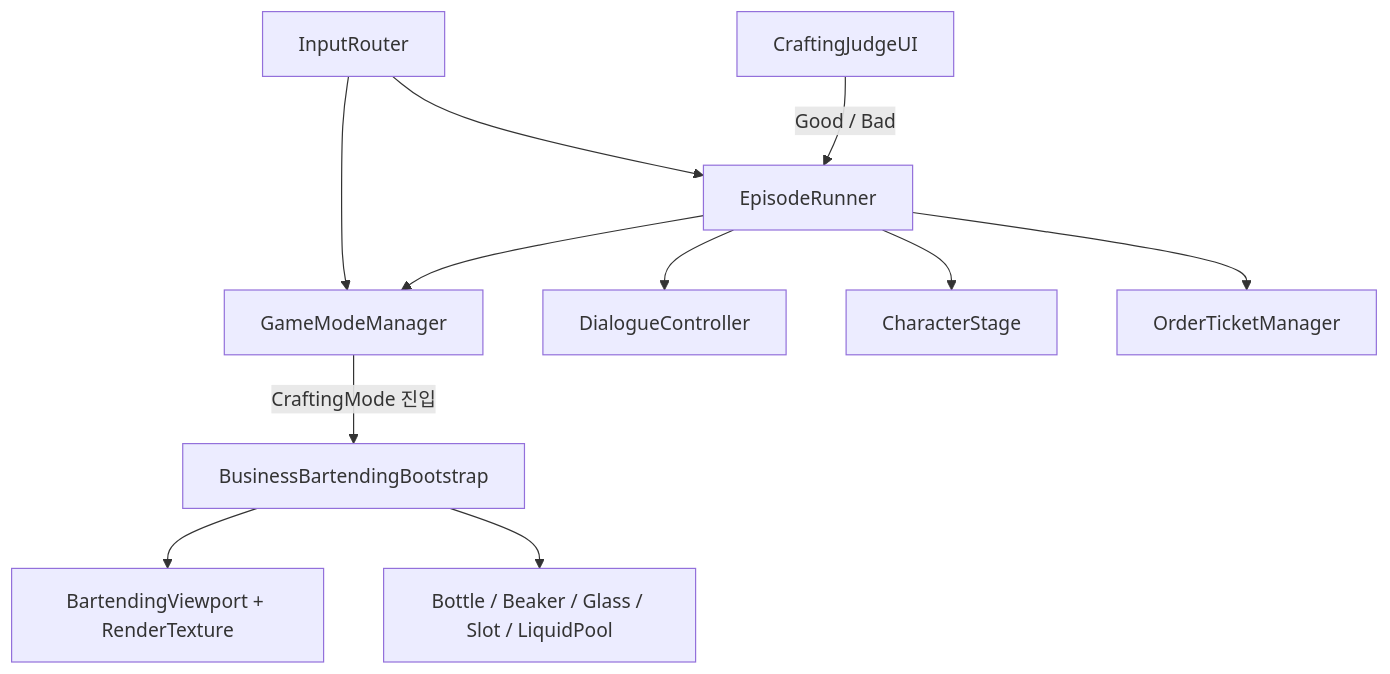
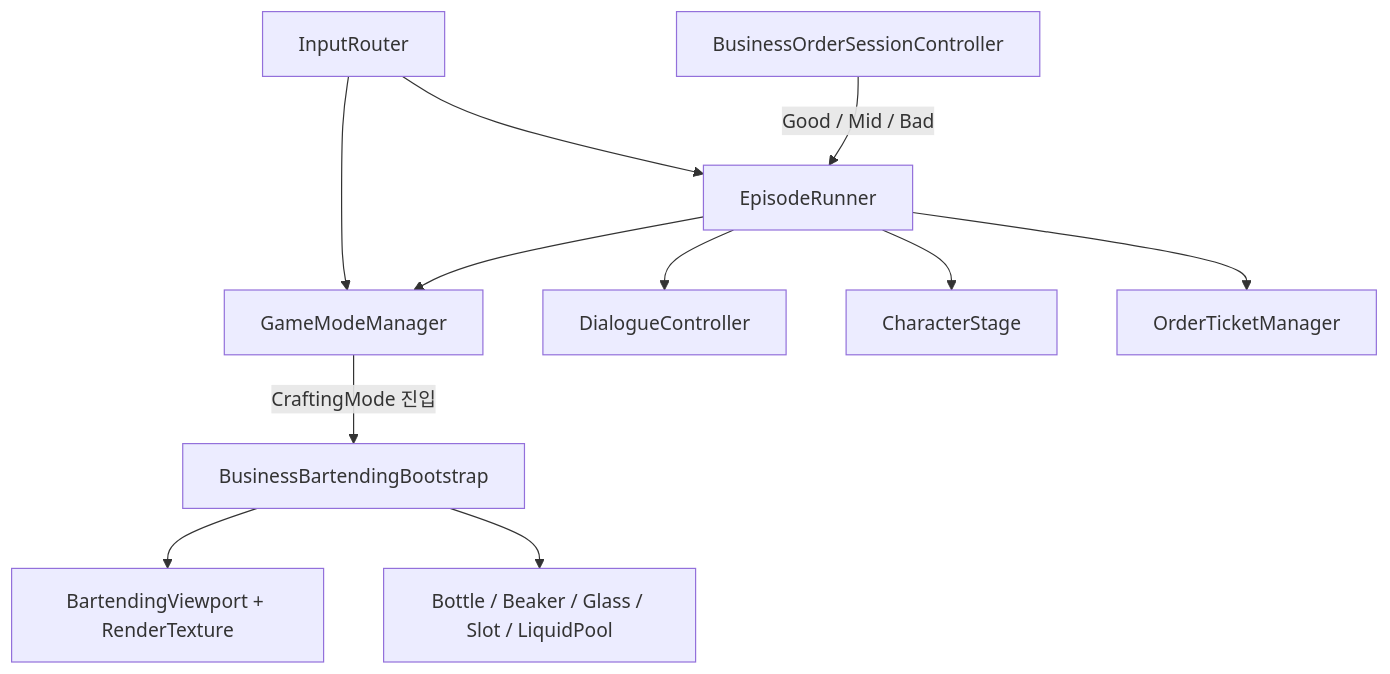
Before and after one commit to seacweed/slainte: the sixth of 7 diagrams in docs/core/project-code-map.md, drawn with Mermaid. The commit also changed other lines of this file and 48 other files, not shown here.

````diff
--- a/docs/core/project-code-map.md
+++ b/docs/core/project-code-map.md
@@ -169,14 +169,14 @@
 ```mermaid
 flowchart TB
     Input["InputRouter"] --> Mode["GameModeManager"]
     Input --> Runner["EpisodeRunner"]
     Runner --> Dialogue["DialogueController"]
     Runner --> Stage["CharacterStage"]
     Runner --> Ticket["OrderTicketManager"]
     Runner --> Mode
 
     Mode -->|"CraftingMode 진입"| Bootstrap["BusinessBartendingBootstrap"]
     Bootstrap --> Viewport["BartendingViewport + RenderTexture"]
     Bootstrap --> Physics["Bottle / Beaker / Glass / Slot / LiquidPool"]
-    Judge["CraftingJudgeUI"] -->|"Good / Bad"| Runner
+    Session["BusinessOrderSessionController"] -->|"Good / Mid / Bad"| Runner
 ```
````
